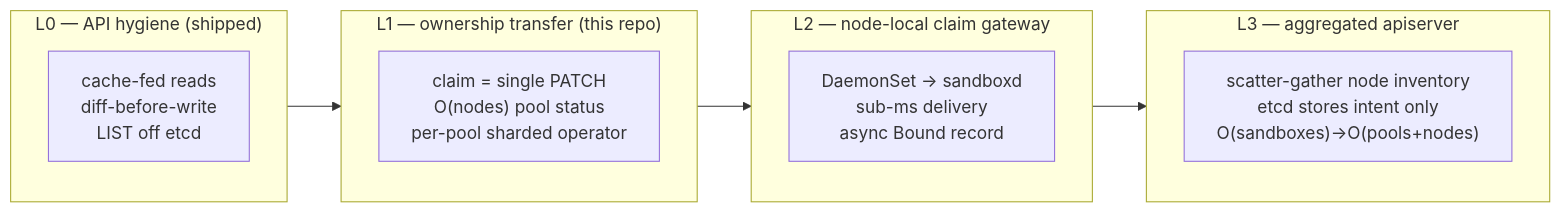
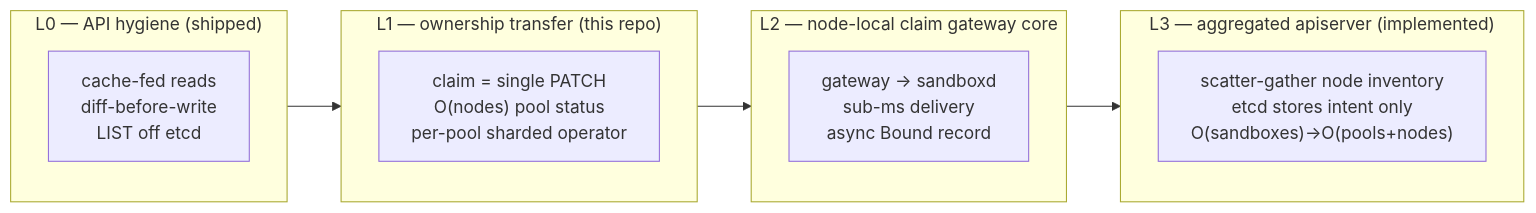
One commit to cocoonstack/cocoon-sandbox-operator changed the diagram in docs/scaling-design.md. Above: the diagram before and after it, drawn with Mermaid. The commit also changed other lines of this file and 5 other files, not shown here.

````diff
--- a/docs/scaling-design.md
+++ b/docs/scaling-design.md
@@ -27,16 +29,16 @@
 ```mermaid
 flowchart LR
     subgraph L0["L0 — API hygiene (shipped)"]
         L0a["cache-fed reads<br/>diff-before-write<br/>LIST off etcd"]
     end
     subgraph L1["L1 — ownership transfer (this repo)"]
         L1a["claim = single PATCH<br/>O(nodes) pool status<br/>per-pool sharded operator"]
     end
-    subgraph L2["L2 — node-local claim gateway"]
-        L2a["DaemonSet → sandboxd<br/>sub-ms delivery<br/>async Bound record"]
+    subgraph L2["L2 — node-local claim gateway core"]
+        L2a["gateway → sandboxd<br/>sub-ms delivery<br/>async Bound record"]
     end
-    subgraph L3["L3 — aggregated apiserver"]
+    subgraph L3["L3 — aggregated apiserver (implemented)"]
         L3a["scatter-gather node inventory<br/>etcd stores intent only<br/>O(sandboxes)→O(pools+nodes)"]
     end
     L0 --> L1 --> L2 --> L3
 ```
````
